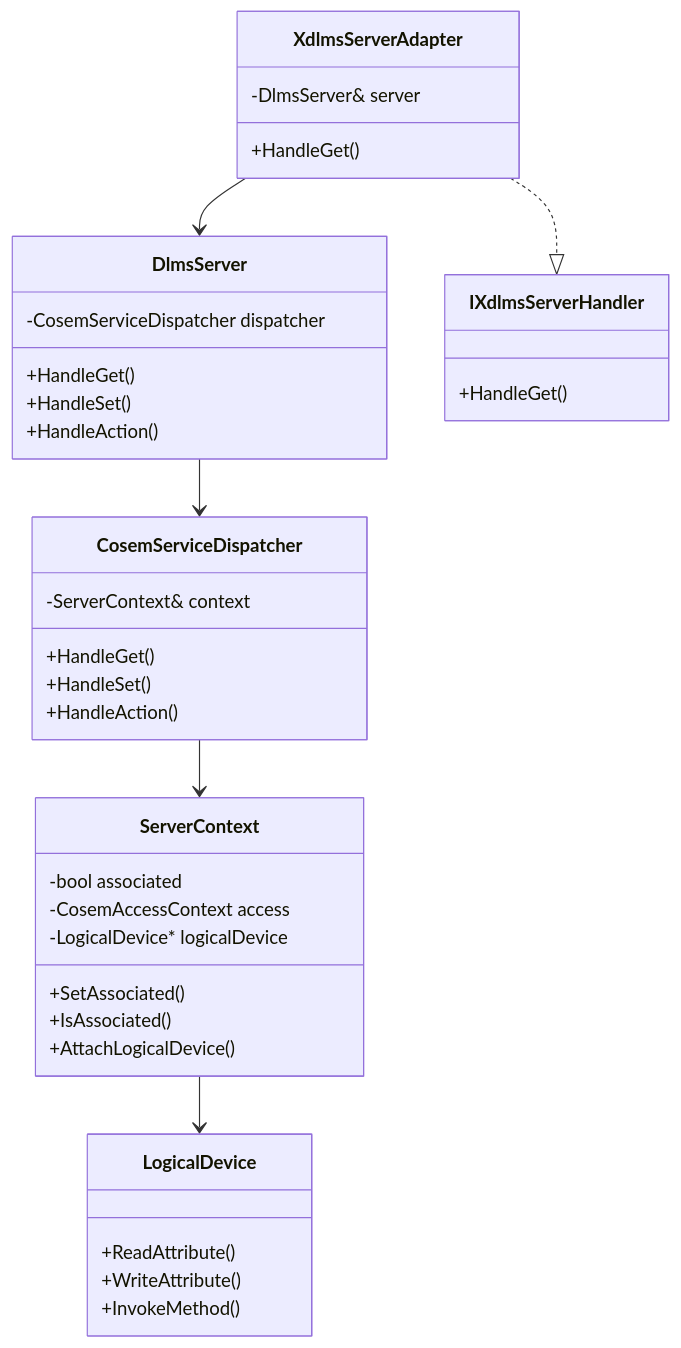
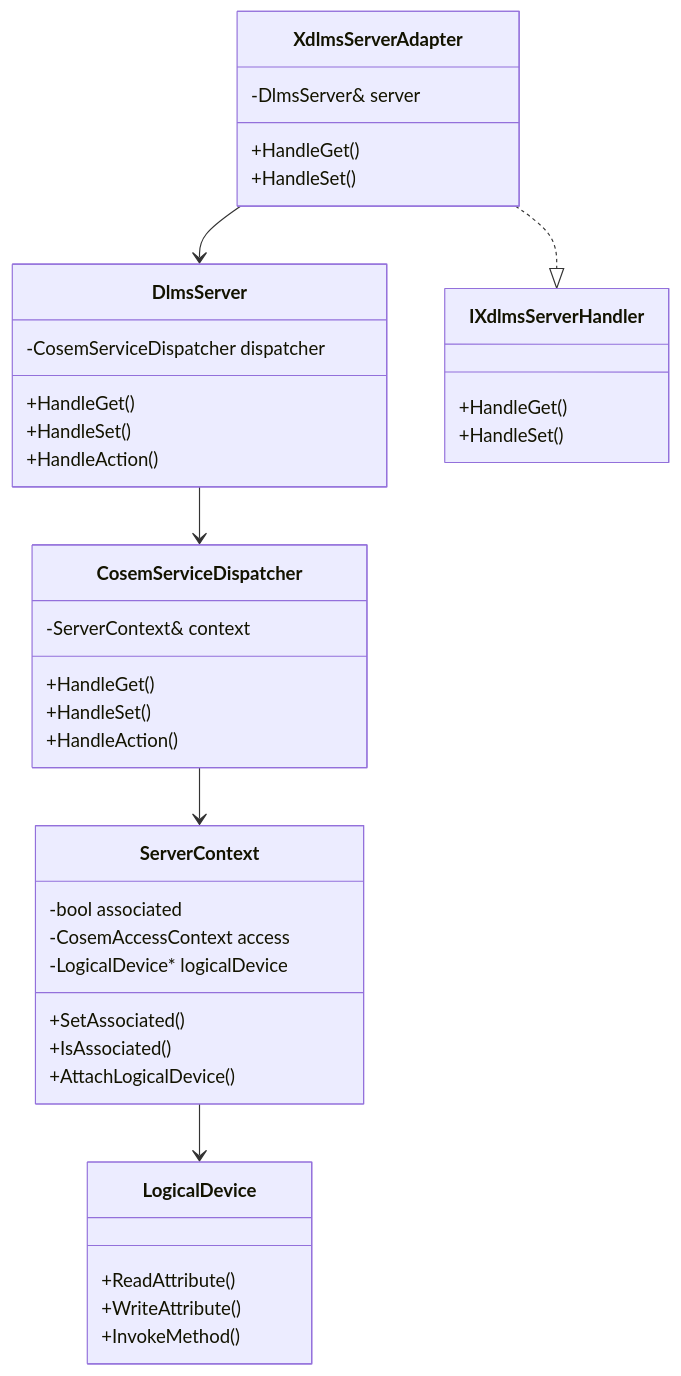
Before and after one commit to gvtret/dlms-server: the diagram in docs/01_server_api.md, drawn with Mermaid. The commit also changed other lines of this file and 4 other files, not shown here.

````diff
--- a/docs/01_server_api.md
+++ b/docs/01_server_api.md
@@ -154,46 +168,48 @@
 ```mermaid
 classDiagram
   class ServerContext {
     -bool associated
     -CosemAccessContext access
     -LogicalDevice* logicalDevice
     +SetAssociated()
     +IsAssociated()
     +AttachLogicalDevice()
   }
 
   class CosemServiceDispatcher {
     -ServerContext& context
     +HandleGet()
     +HandleSet()
     +HandleAction()
   }
 
   class DlmsServer {
     -CosemServiceDispatcher dispatcher
     +HandleGet()
     +HandleSet()
     +HandleAction()
   }
 
   class LogicalDevice {
     +ReadAttribute()
     +WriteAttribute()
     +InvokeMethod()
   }
 
   class XdlmsServerAdapter {
     -DlmsServer& server
     +HandleGet()
+    +HandleSet()
   }
 
   class IXdlmsServerHandler {
     +HandleGet()
+    +HandleSet()
   }
 
   DlmsServer --> CosemServiceDispatcher
   XdlmsServerAdapter ..|> IXdlmsServerHandler
   XdlmsServerAdapter --> DlmsServer
   CosemServiceDispatcher --> ServerContext
   ServerContext --> LogicalDevice
 ```
````
